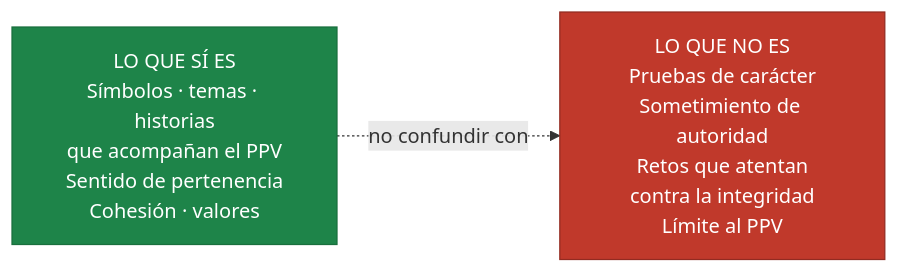
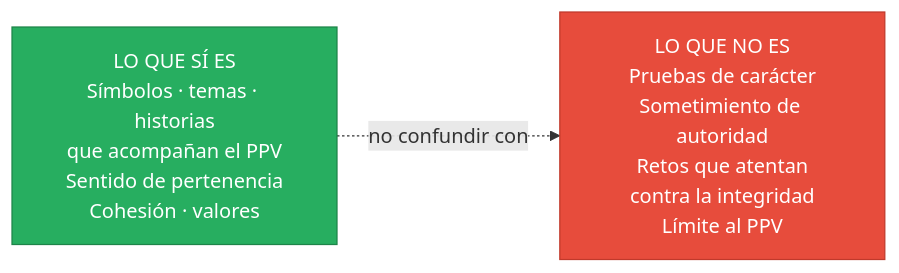
The eighth of 8 diagrams in docs/base-conocimiento/tips-consejeros/marco-simbolico-clan-rovers.md (conecta-clanes/my-website), drawn with Mermaid before and after one commit. The commit also changed other lines of this file and 51 other files, not shown here.

````diff
--- a/docs/base-conocimiento/tips-consejeros/marco-simbolico-clan-rovers.md
+++ b/docs/base-conocimiento/tips-consejeros/marco-simbolico-clan-rovers.md
@@ -205,13 +205,13 @@
 ```mermaid
 flowchart LR
     NO["LO QUE SÍ ES<BR>Símbolos · temas · historias<BR>que acompañan el PPV<BR>Sentido de pertenencia<BR>Cohesión · valores"]
     SI["LO QUE NO ES<BR>Pruebas de carácter<BR>Sometimiento de autoridad<BR>Retos que atentan<BR>contra la integridad<BR>Límite al PPV"]
 
     NO -. "no confundir con" .-> SI
 
-    classDef si fill:#1e8449,stroke:#196f3d,color:#fff
-    classDef no fill:#c0392b,stroke:#922b21,color:#fff
+    classDef si fill:#27ae60,stroke:#1e8449,color:#fff
+    classDef no fill:#e74c3c,stroke:#c0392b,color:#fff
 
     class NO si
     class SI no
 ```
````
